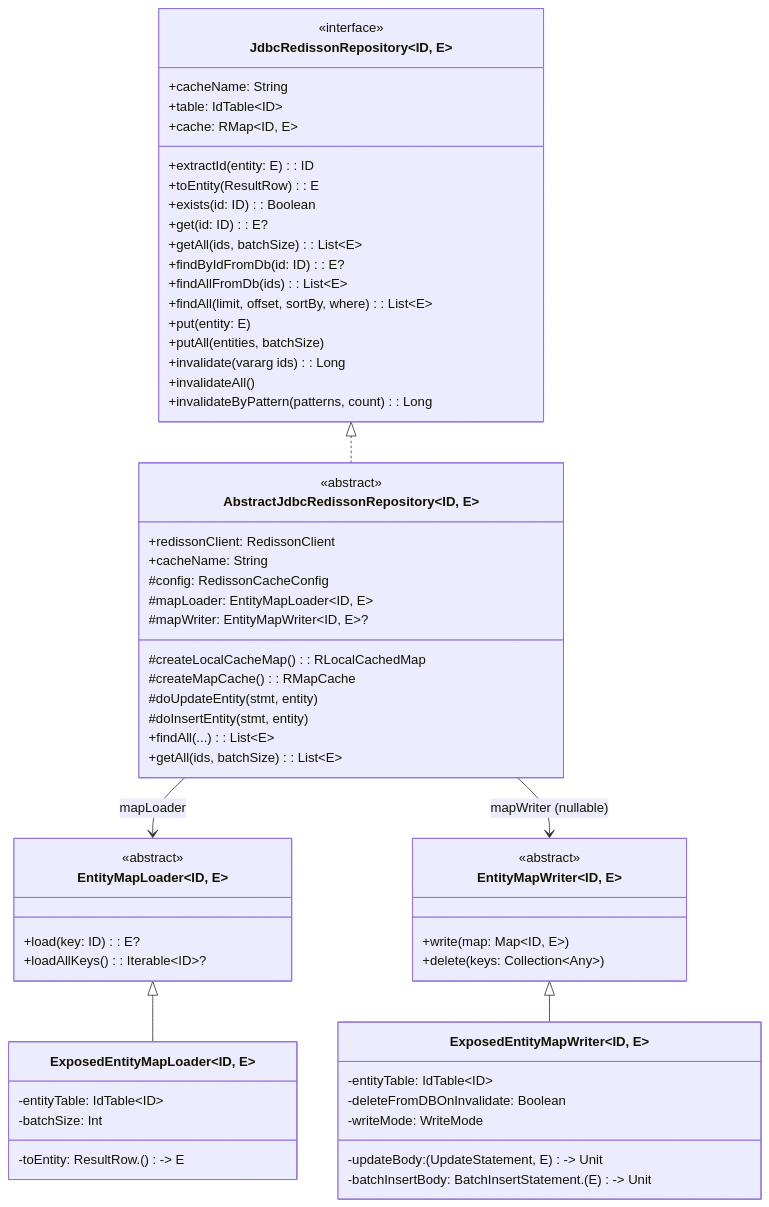
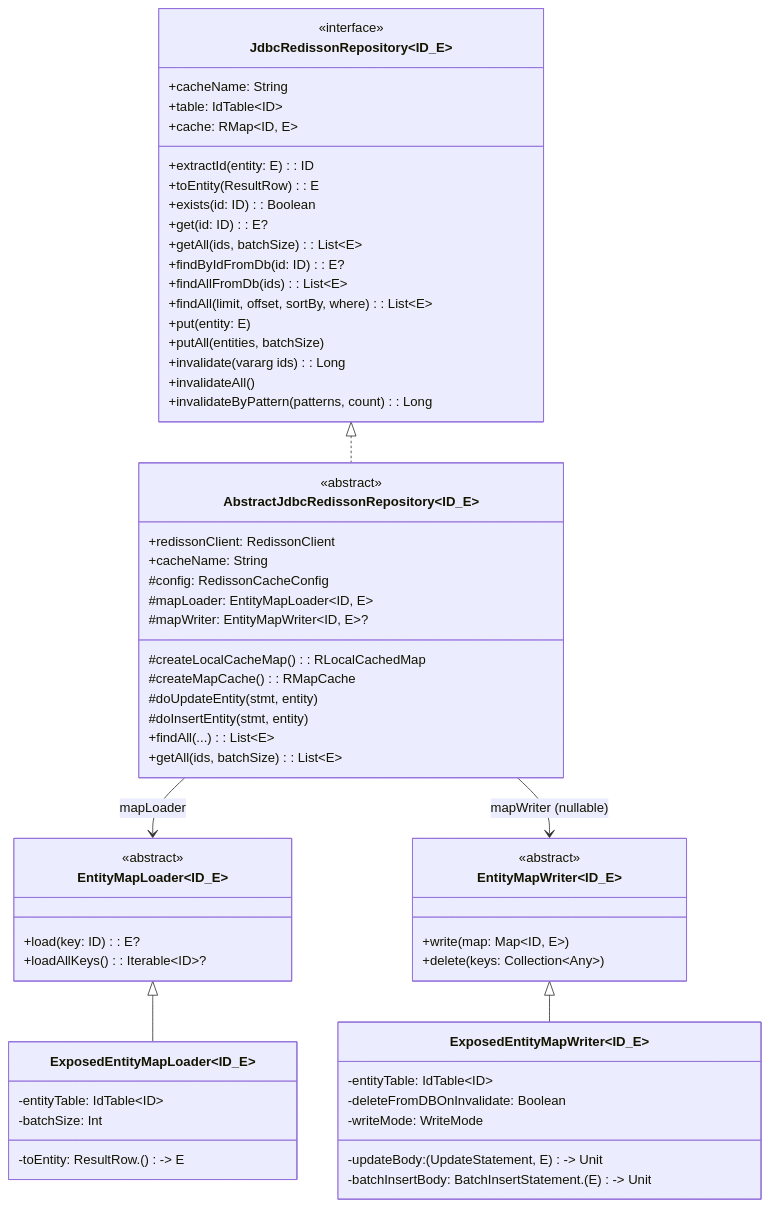
The second of 9 diagrams in data/exposed-jdbc-redisson/README.md (bluetape4k/bluetape4k-projects), drawn with Mermaid before and after one commit. The commit also changed other lines of this file and 95 other files, not shown here.

First line of the commit message:
docs: Mermaid 파서 오류 전체 수정 (IntelliJ IDEA 호환)

````diff
--- a/data/exposed-jdbc-redisson/README.md
+++ b/data/exposed-jdbc-redisson/README.md
@@ -247,69 +243,69 @@
 ```mermaid
 classDiagram
-    class JdbcRedissonRepository~ID, E~ {
+    class JdbcRedissonRepository~ID_E~ {
         <<interface>>
         +cacheName: String
         +table: IdTable~ID~
         +cache: RMap~ID, E~
         +extractId(entity: E): ID
         +toEntity(ResultRow): E
         +exists(id: ID): Boolean
         +get(id: ID): E?
         +getAll(ids, batchSize): List~E~
         +findByIdFromDb(id: ID): E?
         +findAllFromDb(ids): List~E~
         +findAll(limit, offset, sortBy, where): List~E~
         +put(entity: E)
         +putAll(entities, batchSize)
         +invalidate(vararg ids): Long
         +invalidateAll()
         +invalidateByPattern(patterns, count): Long
     }
 
-    class AbstractJdbcRedissonRepository~ID, E~ {
+    class AbstractJdbcRedissonRepository~ID_E~ {
         <<abstract>>
         +redissonClient: RedissonClient
         +cacheName: String
         #config: RedissonCacheConfig
         #mapLoader: EntityMapLoader~ID, E~
         #mapWriter: EntityMapWriter~ID, E~?
         #createLocalCacheMap(): RLocalCachedMap
         #createMapCache(): RMapCache
         #doUpdateEntity(stmt, entity)
         #doInsertEntity(stmt, entity)
         +findAll(...): List~E~
         +getAll(ids, batchSize): List~E~
     }
 
-    class EntityMapLoader~ID, E~ {
+    class EntityMapLoader~ID_E~ {
         <<abstract>>
         +load(key: ID): E?
         +loadAllKeys(): Iterable~ID~?
     }
 
-    class EntityMapWriter~ID, E~ {
+    class EntityMapWriter~ID_E~ {
         <<abstract>>
         +write(map: Map~ID, E~)
         +delete(keys: Collection~Any~)
     }
 
-    class ExposedEntityMapLoader~ID, E~ {
+    class ExposedEntityMapLoader~ID_E~ {
         -entityTable: IdTable~ID~
         -batchSize: Int
         -toEntity: ResultRow.() -> E
     }
 
-    class ExposedEntityMapWriter~ID, E~ {
+    class ExposedEntityMapWriter~ID_E~ {
         -entityTable: IdTable~ID~
         -updateBody: (UpdateStatement, E) -> Unit
         -batchInsertBody: BatchInsertStatement.(E) -> Unit
         -deleteFromDBOnInvalidate: Boolean
         -writeMode: WriteMode
     }
 
-    JdbcRedissonRepository~ID, E~ <|.. AbstractJdbcRedissonRepository~ID, E~
-    AbstractJdbcRedissonRepository~ID, E~ --> EntityMapLoader~ID, E~ : mapLoader
-    AbstractJdbcRedissonRepository~ID, E~ --> EntityMapWriter~ID, E~ : mapWriter (nullable)
-    EntityMapLoader~ID, E~ <|-- ExposedEntityMapLoader~ID, E~
-    EntityMapWriter~ID, E~ <|-- ExposedEntityMapWriter~ID, E~
+    JdbcRedissonRepository~ID_E~ <|.. AbstractJdbcRedissonRepository~ID_E~
+    AbstractJdbcRedissonRepository~ID_E~ --> EntityMapLoader~ID_E~ : mapLoader
+    AbstractJdbcRedissonRepository~ID_E~ --> EntityMapWriter~ID_E~ : mapWriter (nullable)
+    EntityMapLoader~ID_E~ <|-- ExposedEntityMapLoader~ID_E~
+    EntityMapWriter~ID_E~ <|-- ExposedEntityMapWriter~ID_E~
 ```
````
